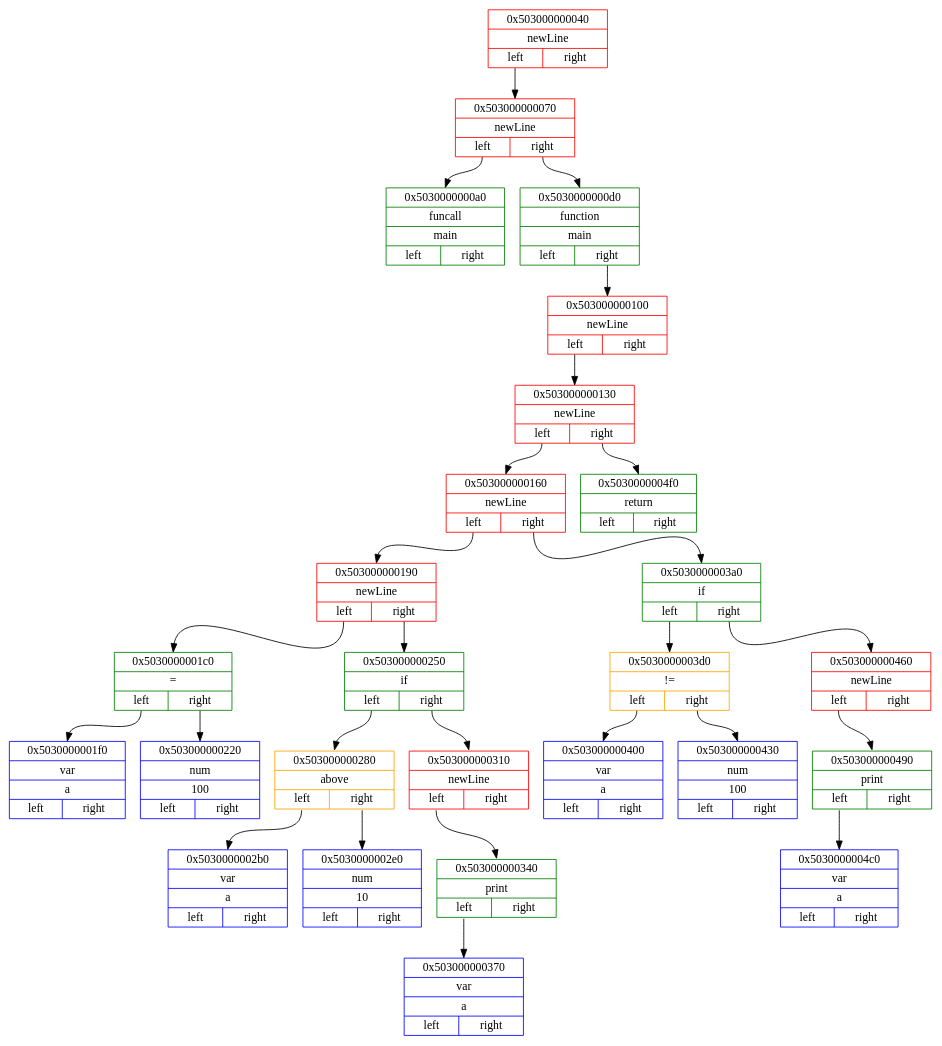
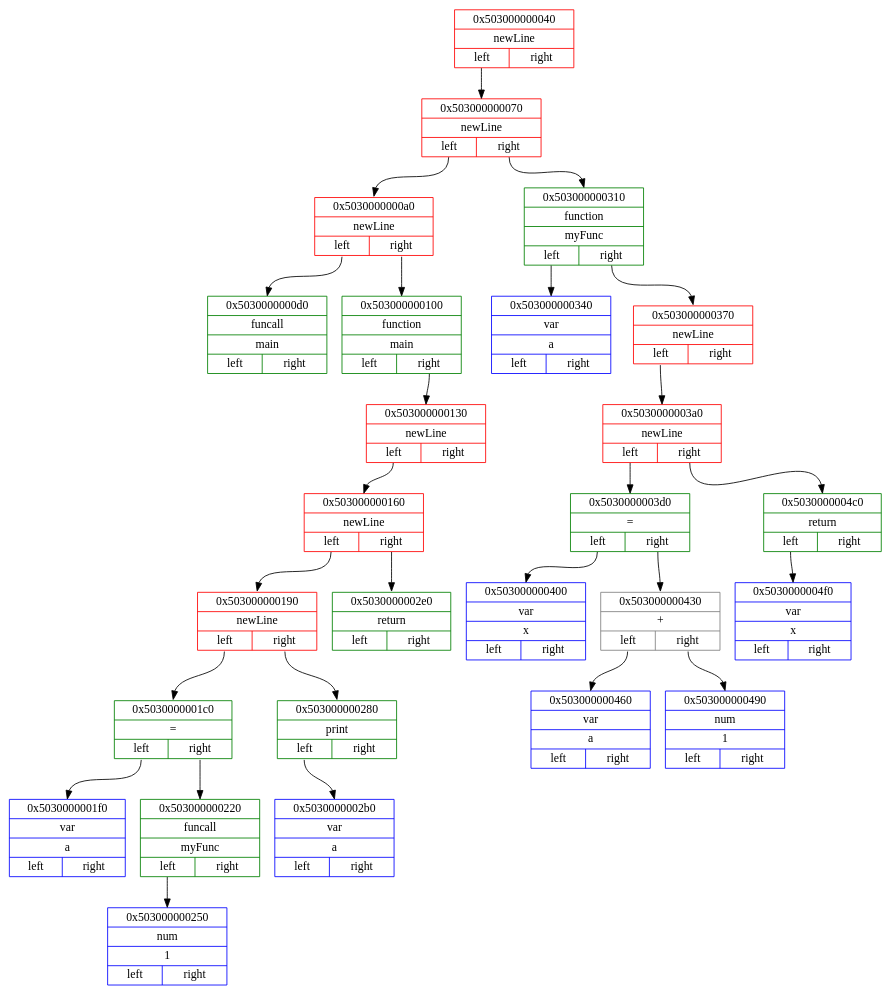
Before and after one commit to Matvey787/myProgLanguage: the diagram in dot_files/middlendDotFile.dot, drawn with Graphviz. The commit also changed 22 other files, not shown here.

```diff
--- a/dot_files/middlendDotFile.dot
+++ b/dot_files/middlendDotFile.dot
@@ -1,56 +1,56 @@
 digraph
 { 
 rankdir=HR;
 
 node0x503000000040 [ shape=record, color = red rank = 1, label= "{ 0x503000000040 | newLine |         {<n0x503000000040_l> left | <n0x503000000040_r> right}} " ];
 node0x503000000070 [ shape=record, color = red rank = 2, label= "{ 0x503000000070 | newLine |         {<n0x503000000070_l> left | <n0x503000000070_r> right}} " ];
-node0x5030000000a0 [ shape=record, color = green rank = 3, label= "{ 0x5030000000a0 | funcall | main |         {<n0x5030000000a0_l> left | <n0x5030000000a0_r> right}} " ];
-node0x503000000070:<n0x503000000070_l>:s -> node0x5030000000a0:n [ color = black; ]
-node0x5030000000d0 [ shape=record, color = green rank = 4, label= "{ 0x5030000000d0 | function | main |         {<n0x5030000000d0_l> left | <n0x5030000000d0_r> right}} " ];
-node0x503000000100 [ shape=record, color = red rank = 5, label= "{ 0x503000000100 | newLine |         {<n0x503000000100_l> left | <n0x503000000100_r> right}} " ];
+node0x5030000000a0 [ shape=record, color = red rank = 3, label= "{ 0x5030000000a0 | newLine |         {<n0x5030000000a0_l> left | <n0x5030000000a0_r> right}} " ];
+node0x5030000000d0 [ shape=record, color = green rank = 4, label= "{ 0x5030000000d0 | funcall | main |         {<n0x5030000000d0_l> left | <n0x5030000000d0_r> right}} " ];
+node0x5030000000a0:<n0x5030000000a0_l>:s -> node0x5030000000d0:n [ color = black; ]
+node0x503000000100 [ shape=record, color = green rank = 5, label= "{ 0x503000000100 | function | main |         {<n0x503000000100_l> left | <n0x503000000100_r> right}} " ];
 node0x503000000130 [ shape=record, color = red rank = 6, label= "{ 0x503000000130 | newLine |         {<n0x503000000130_l> left | <n0x503000000130_r> right}} " ];
 node0x503000000160 [ shape=record, color = red rank = 7, label= "{ 0x503000000160 | newLine |         {<n0x503000000160_l> left | <n0x503000000160_r> right}} " ];
 node0x503000000190 [ shape=record, color = red rank = 8, label= "{ 0x503000000190 | newLine |         {<n0x503000000190_l> left | <n0x503000000190_r> right}} " ];
 node0x5030000001c0 [ shape=record, color = green rank = 9, label= "{ 0x5030000001c0 | = |         {<n0x5030000001c0_l> left | <n0x5030000001c0_r> right}} " ];
 node0x5030000001f0 [ shape=record, color = blue rank = 10, label= "{ 0x5030000001f0 | var | a |         {<n0x5030000001f0_l> left | <n0x5030000001f0_r> right}} " ];
 node0x5030000001c0:<n0x5030000001c0_l>:s -> node0x5030000001f0:n [ color = black; ]
-node0x503000000220 [ shape=record, color = blue rank = 11, label= "{ 0x503000000220 | num | 100 |         {<n0x503000000220_l> left | <n0x503000000220_r> right}} " ];
+node0x503000000220 [ shape=record, color = green rank = 11, label= "{ 0x503000000220 | funcall | myFunc |         {<n0x503000000220_l> left | <n0x503000000220_r> right}} " ];
+node0x503000000250 [ shape=record, color = blue rank = 12, label= "{ 0x503000000250 | num | 1 |         {<n0x503000000250_l> left | <n0x503000000250_r> right}} " ];
+node0x503000000220:<n0x503000000220_l>:s -> node0x503000000250:n [ color = black; ]
 node0x5030000001c0:<n0x5030000001c0_r>:s -> node0x503000000220:n [ color = black; ]
 node0x503000000190:<n0x503000000190_l>:s -> node0x5030000001c0:n [ color = black; ]
-node0x503000000250 [ shape=record, color = green rank = 10, label= "{ 0x503000000250 | if |         {<n0x503000000250_l> left | <n0x503000000250_r> right}} " ];
-node0x503000000280 [ shape=record, color = orange rank = 11, label= "{ 0x503000000280 | above |         {<n0x503000000280_l> left | <n0x503000000280_r> right}} " ];
-node0x5030000002b0 [ shape=record, color = blue rank = 12, label= "{ 0x5030000002b0 | var | a |         {<n0x5030000002b0_l> left | <n0x5030000002b0_r> right}} " ];
+node0x503000000280 [ shape=record, color = green rank = 10, label= "{ 0x503000000280 | print |         {<n0x503000000280_l> left | <n0x503000000280_r> right}} " ];
+node0x5030000002b0 [ shape=record, color = blue rank = 11, label= "{ 0x5030000002b0 | var | a |         {<n0x5030000002b0_l> left | <n0x5030000002b0_r> right}} " ];
 node0x503000000280:<n0x503000000280_l>:s -> node0x5030000002b0:n [ color = black; ]
-node0x5030000002e0 [ shape=record, color = blue rank = 13, label= "{ 0x5030000002e0 | num | 10 |         {<n0x5030000002e0_l> left | <n0x5030000002e0_r> right}} " ];
-node0x503000000280:<n0x503000000280_r>:s -> node0x5030000002e0:n [ color = black; ]
-node0x503000000250:<n0x503000000250_l>:s -> node0x503000000280:n [ color = black; ]
-node0x503000000310 [ shape=record, color = red rank = 12, label= "{ 0x503000000310 | newLine |         {<n0x503000000310_l> left | <n0x503000000310_r> right}} " ];
-node0x503000000340 [ shape=record, color = green rank = 13, label= "{ 0x503000000340 | print |         {<n0x503000000340_l> left | <n0x503000000340_r> right}} " ];
-node0x503000000370 [ shape=record, color = blue rank = 14, label= "{ 0x503000000370 | var | a |         {<n0x503000000370_l> left | <n0x503000000370_r> right}} " ];
-node0x503000000340:<n0x503000000340_l>:s -> node0x503000000370:n [ color = black; ]
+node0x503000000190:<n0x503000000190_r>:s -> node0x503000000280:n [ color = black; ]
+node0x503000000160:<n0x503000000160_l>:s -> node0x503000000190:n [ color = black; ]
+node0x5030000002e0 [ shape=record, color = green rank = 9, label= "{ 0x5030000002e0 | return |         {<n0x5030000002e0_l> left | <n0x5030000002e0_r> right}} " ];
+node0x503000000160:<n0x503000000160_r>:s -> node0x5030000002e0:n [ color = black; ]
+node0x503000000130:<n0x503000000130_l>:s -> node0x503000000160:n [ color = black; ]
+node0x503000000100:<n0x503000000100_r>:s -> node0x503000000130:n [ color = black; ]
+node0x5030000000a0:<n0x5030000000a0_r>:s -> node0x503000000100:n [ color = black; ]
+node0x503000000070:<n0x503000000070_l>:s -> node0x5030000000a0:n [ color = black; ]
+node0x503000000310 [ shape=record, color = green rank = 4, label= "{ 0x503000000310 | function | myFunc |         {<n0x503000000310_l> left | <n0x503000000310_r> right}} " ];
+node0x503000000340 [ shape=record, color = blue rank = 5, label= "{ 0x503000000340 | var | a |         {<n0x503000000340_l> left | <n0x503000000340_r> right}} " ];
 node0x503000000310:<n0x503000000310_l>:s -> node0x503000000340:n [ color = black; ]
-node0x503000000250:<n0x503000000250_r>:s -> node0x503000000310:n [ color = black; ]
-node0x503000000190:<n0x503000000190_r>:s -> node0x503000000250:n [ color = black; ]
-node0x503000000160:<n0x503000000160_l>:s -> node0x503000000190:n [ color = black; ]
-node0x5030000003a0 [ shape=record, color = green rank = 9, label= "{ 0x5030000003a0 | if |         {<n0x5030000003a0_l> left | <n0x5030000003a0_r> right}} " ];
-node0x5030000003d0 [ shape=record, color = orange rank = 10, label= "{ 0x5030000003d0 | != |         {<n0x5030000003d0_l> left | <n0x5030000003d0_r> right}} " ];
-node0x503000000400 [ shape=record, color = blue rank = 11, label= "{ 0x503000000400 | var | a |         {<n0x503000000400_l> left | <n0x503000000400_r> right}} " ];
+node0x503000000370 [ shape=record, color = red rank = 6, label= "{ 0x503000000370 | newLine |         {<n0x503000000370_l> left | <n0x503000000370_r> right}} " ];
+node0x5030000003a0 [ shape=record, color = red rank = 7, label= "{ 0x5030000003a0 | newLine |         {<n0x5030000003a0_l> left | <n0x5030000003a0_r> right}} " ];
+node0x5030000003d0 [ shape=record, color = green rank = 8, label= "{ 0x5030000003d0 | = |         {<n0x5030000003d0_l> left | <n0x5030000003d0_r> right}} " ];
+node0x503000000400 [ shape=record, color = blue rank = 9, label= "{ 0x503000000400 | var | x |         {<n0x503000000400_l> left | <n0x503000000400_r> right}} " ];
 node0x5030000003d0:<n0x5030000003d0_l>:s -> node0x503000000400:n [ color = black; ]
-node0x503000000430 [ shape=record, color = blue rank = 12, label= "{ 0x503000000430 | num | 100 |         {<n0x503000000430_l> left | <n0x503000000430_r> right}} " ];
+node0x503000000430 [ shape=record, color = grey rank = 10, label= "{ 0x503000000430 | + |         {<n0x503000000430_l> left | <n0x503000000430_r> right}} " ];
+node0x503000000460 [ shape=record, color = blue rank = 11, label= "{ 0x503000000460 | var | a |         {<n0x503000000460_l> left | <n0x503000000460_r> right}} " ];
+node0x503000000430:<n0x503000000430_l>:s -> node0x503000000460:n [ color = black; ]
+node0x503000000490 [ shape=record, color = blue rank = 12, label= "{ 0x503000000490 | num | 1 |         {<n0x503000000490_l> left | <n0x503000000490_r> right}} " ];
+node0x503000000430:<n0x503000000430_r>:s -> node0x503000000490:n [ color = black; ]
 node0x5030000003d0:<n0x5030000003d0_r>:s -> node0x503000000430:n [ color = black; ]
 node0x5030000003a0:<n0x5030000003a0_l>:s -> node0x5030000003d0:n [ color = black; ]
-node0x503000000460 [ shape=record, color = red rank = 11, label= "{ 0x503000000460 | newLine |         {<n0x503000000460_l> left | <n0x503000000460_r> right}} " ];
-node0x503000000490 [ shape=record, color = green rank = 12, label= "{ 0x503000000490 | print |         {<n0x503000000490_l> left | <n0x503000000490_r> right}} " ];
-node0x5030000004c0 [ shape=record, color = blue rank = 13, label= "{ 0x5030000004c0 | var | a |         {<n0x5030000004c0_l> left | <n0x5030000004c0_r> right}} " ];
-node0x503000000490:<n0x503000000490_l>:s -> node0x5030000004c0:n [ color = black; ]
-node0x503000000460:<n0x503000000460_l>:s -> node0x503000000490:n [ color = black; ]
-node0x5030000003a0:<n0x5030000003a0_r>:s -> node0x503000000460:n [ color = black; ]
-node0x503000000160:<n0x503000000160_r>:s -> node0x5030000003a0:n [ color = black; ]
-node0x503000000130:<n0x503000000130_l>:s -> node0x503000000160:n [ color = black; ]
-node0x5030000004f0 [ shape=record, color = green rank = 8, label= "{ 0x5030000004f0 | return |         {<n0x5030000004f0_l> left | <n0x5030000004f0_r> right}} " ];
-node0x503000000130:<n0x503000000130_r>:s -> node0x5030000004f0:n [ color = black; ]
-node0x503000000100:<n0x503000000100_l>:s -> node0x503000000130:n [ color = black; ]
-node0x5030000000d0:<n0x5030000000d0_r>:s -> node0x503000000100:n [ color = black; ]
-node0x503000000070:<n0x503000000070_r>:s -> node0x5030000000d0:n [ color = black; ]
+node0x5030000004c0 [ shape=record, color = green rank = 9, label= "{ 0x5030000004c0 | return |         {<n0x5030000004c0_l> left | <n0x5030000004c0_r> right}} " ];
+node0x5030000004f0 [ shape=record, color = blue rank = 10, label= "{ 0x5030000004f0 | var | x |         {<n0x5030000004f0_l> left | <n0x5030000004f0_r> right}} " ];
+node0x5030000004c0:<n0x5030000004c0_l>:s -> node0x5030000004f0:n [ color = black; ]
+node0x5030000003a0:<n0x5030000003a0_r>:s -> node0x5030000004c0:n [ color = black; ]
+node0x503000000370:<n0x503000000370_l>:s -> node0x5030000003a0:n [ color = black; ]
+node0x503000000310:<n0x503000000310_r>:s -> node0x503000000370:n [ color = black; ]
+node0x503000000070:<n0x503000000070_r>:s -> node0x503000000310:n [ color = black; ]
 node0x503000000040:<n0x503000000040_l>:s -> node0x503000000070:n [ color = black; ]
 }
```
